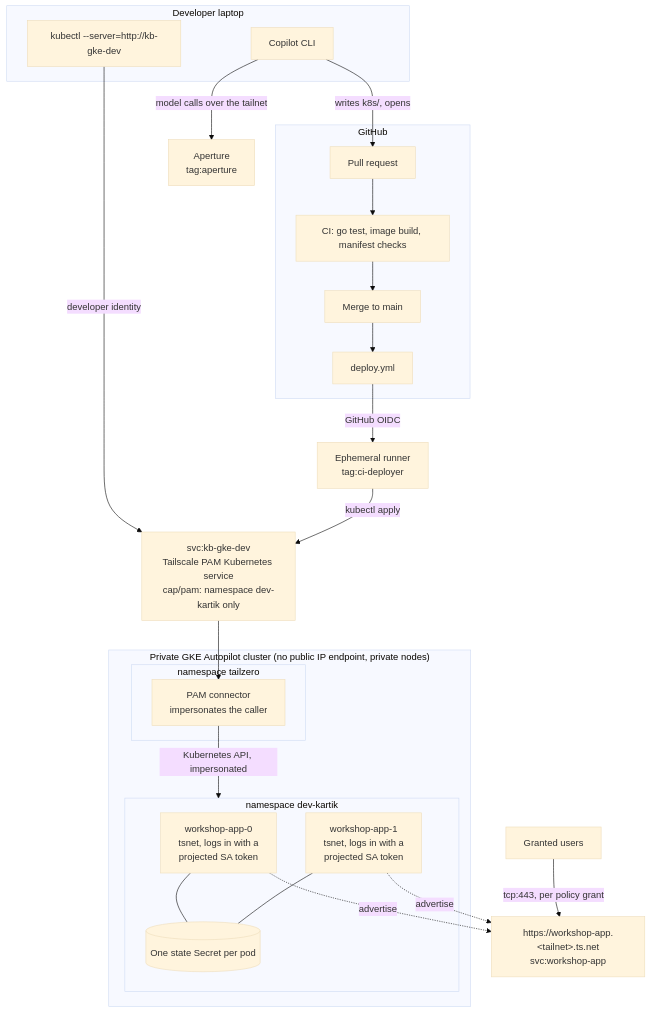
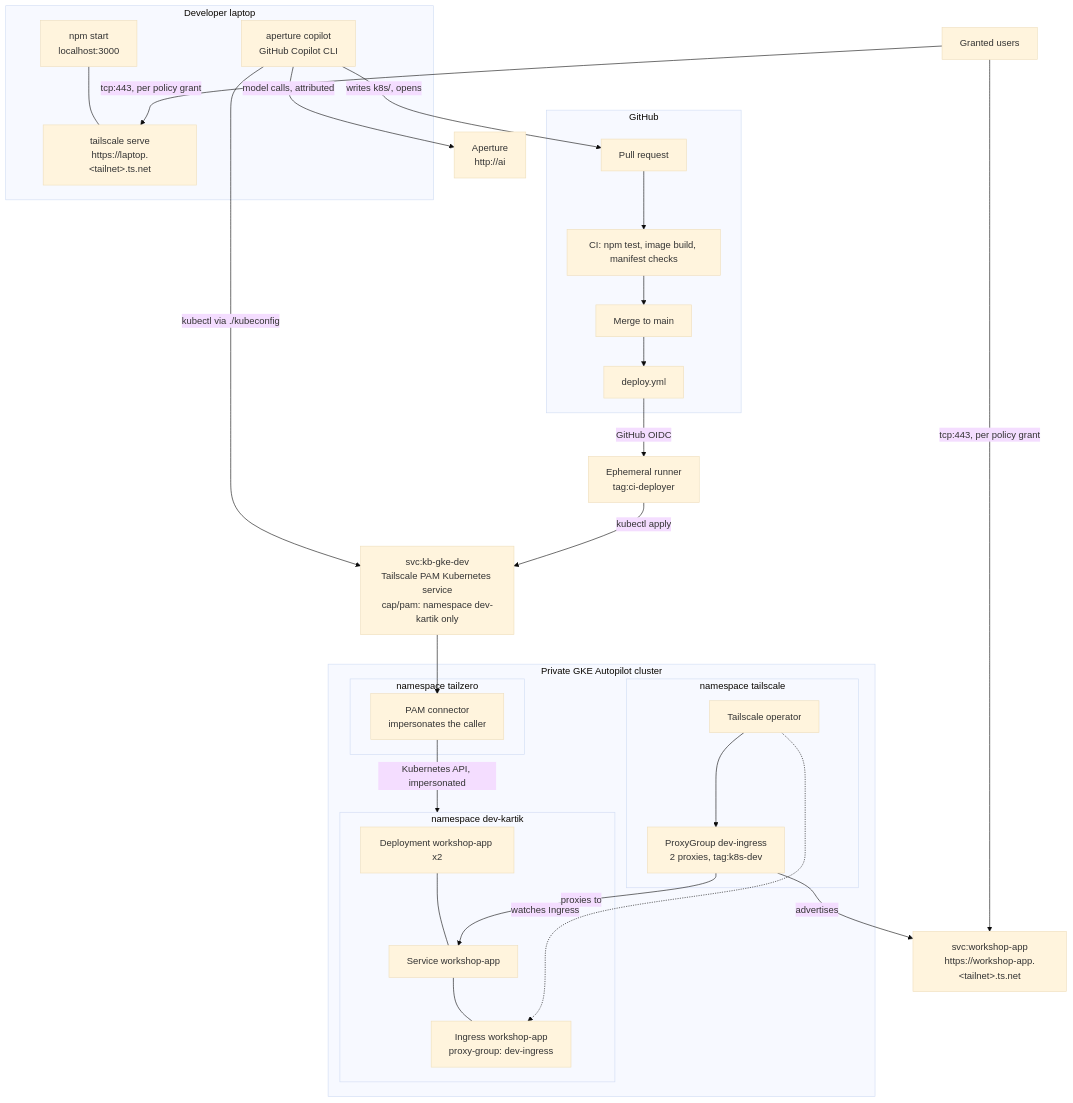
One commit to kbpersonal/agentic-aided-deployment-workshop changed the diagram in README.md. Above: the diagram before and after it, drawn with Mermaid (base theme). The commit also changed other lines of this file and 26 other files, not shown here.

Commit message:
Use the original Node app, tailscale serve, and the Tailscale operator Ingress instead of tsnet

````diff
--- a/README.md
+++ b/README.md
@@ -17,42 +20,52 @@
 ```mermaid
 flowchart TB
   subgraph laptop["Developer laptop"]
-    copilot["Copilot CLI"]
-    kubectl["kubectl --server=http://kb-gke-dev"]
+    app["npm start<br/>localhost:3000"]
+    serve["tailscale serve<br/>https://laptop.&lt;tailnet&gt;.ts.net"]
+    copilot["aperture copilot<br/>GitHub Copilot CLI"]
+    app --- serve
   end
 
-  aperture["Aperture<br/>tag:aperture"]
+  aperture["Aperture<br/>http://ai"]
 
   subgraph github["GitHub"]
-    pr["Pull request"] --> ci["CI: go test, image build, manifest checks"] --> merge["Merge to main"]
+    pr["Pull request"] --> ci["CI: npm test, image build, manifest checks"] --> merge["Merge to main"]
     merge --> deploy["deploy.yml"]
   end
 
   runner["Ephemeral runner<br/>tag:ci-deployer"]
   pam["svc:kb-gke-dev<br/>Tailscale PAM Kubernetes service<br/>cap/pam: namespace dev-kartik only"]
 
-  subgraph gke["Private GKE Autopilot cluster (no public IP endpoint, private nodes)"]
+  subgraph gke["Private GKE Autopilot cluster"]
     subgraph ns0["namespace tailzero"]
       connector["PAM connector<br/>impersonates the caller"]
     end
     subgraph ns1["namespace dev-kartik"]
-      app0["workshop-app-0<br/>tsnet, logs in with a<br/>projected SA token"]
-      app1["workshop-app-1<br/>tsnet, logs in with a<br/>projected SA token"]
-      secrets[("One state Secret per pod")]
+      dep["Deployment workshop-app x2"]
+      svc["Service workshop-app"]
+      ing["Ingress workshop-app<br/>proxy-group: dev-ingress"]
+      dep --- svc --- ing
+    end
+    subgraph ns2["namespace tailscale"]
+      operator["Tailscale operator"]
+      pg["ProxyGroup dev-ingress<br/>2 proxies, tag:k8s-dev"]
     end
   end
 
-  svc["https://workshop-app.&lt;tailnet&gt;.ts.net<br/>svc:workshop-app"]
+  tsvc["svc:workshop-app<br/>https://workshop-app.&lt;tailnet&gt;.ts.net"]
   team["Granted users"]
 
-  copilot -- "model calls over the tailnet" --> aperture
+  copilot -- "model calls, attributed" --> aperture
   copilot -- "writes k8s/, opens" --> pr
+  copilot -- "kubectl via ./kubeconfig" --> pam
   deploy -- "GitHub OIDC" --> runner
-  kubectl -- "developer identity" --> pam
   runner -- "kubectl apply" --> pam
   pam --> connector
   connector -- "Kubernetes API, impersonated" --> ns1
-  app0 & app1 -. "advertise" .-> svc
-  app0 & app1 --- secrets
-  team -- "tcp:443, per policy grant" --> svc
+  operator -. "watches Ingress" .-> ing
+  operator --> pg
+  pg -- "advertises" --> tsvc
+  pg -- "proxies to" --> svc
+  team -- "tcp:443, per policy grant" --> tsvc
+  team -- "tcp:443, per policy grant" --> serve
 ```
````
